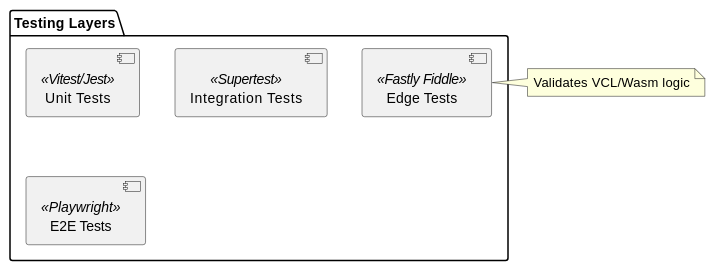
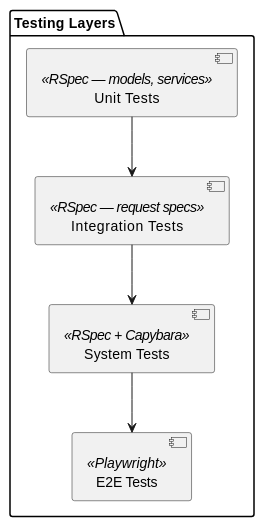
The second of 2 diagrams in docs/architecture/src/08_concepts.adoc (Capri-Labs/capri-dam), drawn with PlantUML before and after one commit. The commit also changed other lines of this file and 10 other files, not shown here.

```diff
--- a/docs/architecture/src/08_concepts.adoc
+++ b/docs/architecture/src/08_concepts.adoc
@@ -36,12 +111,14 @@
 [plantuml, target="testing-strategy", format="svg"]
 ....
 @startuml
 package "Testing Layers" {
-    [Unit Tests] as Unit <<Vitest/Jest>>
-    [Integration Tests] as Integration <<Supertest>>
+    [Unit Tests] as Unit <<RSpec — models, services>>
+    [Integration Tests] as Integration <<RSpec — request specs>>
+    [System Tests] as System <<RSpec + Capybara>>
     [E2E Tests] as E2E <<Playwright>>
-    [Edge Tests] as Edge <<Fastly Fiddle>>
 }
-note right of Edge: Validates VCL/Wasm logic
+Unit --> Integration
+Integration --> System
+System --> E2E
 @enduml
 ....
```
